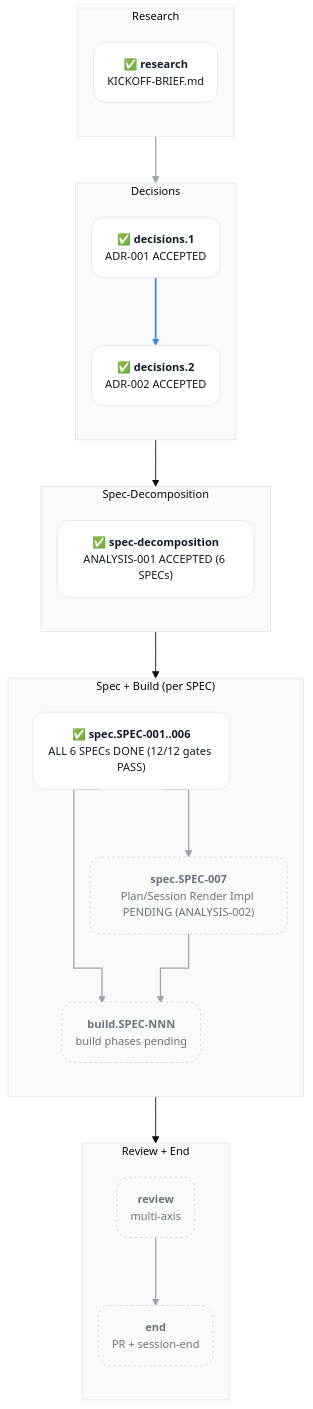
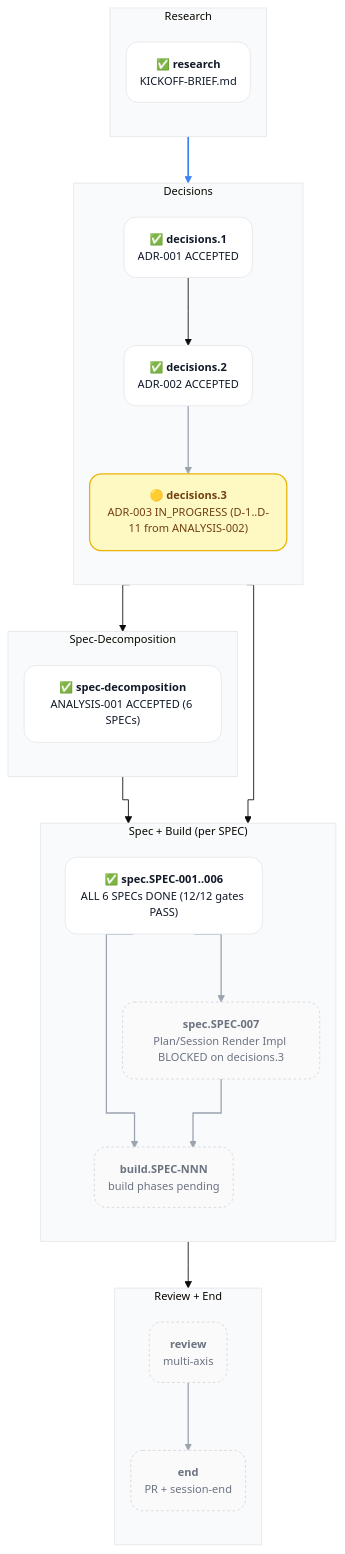
Before and after one commit to acmelabs-15/skills: the first of 11 diagrams in docs/planning/PLAN-001-skills-ecosystem.md, drawn with Mermaid. The commit also changed other lines of this file and 1 other file, not shown here.

First line of the commit message:
plan(plan-001): re-enter decisions phase with decisions.3 (ADR-003)

````diff
--- a/docs/planning/PLAN-001-skills-ecosystem.md
+++ b/docs/planning/PLAN-001-skills-ecosystem.md
@@ -80,52 +82,57 @@
 ```mermaid
 %%{init: {'theme':'base','flowchart':{'curve':'stepAfter','nodeSpacing':18,'rankSpacing':55,'padding':16,'diagramPadding':20,'htmlLabels':true},'themeVariables':{'fontFamily':'-apple-system, BlinkMacSystemFont, system-ui, sans-serif','fontSize':'13px','clusterBkg':'#f9fafb','clusterBorder':'#e5e7eb'},'themeCSS':'.edgePath path, .flowchart-link { stroke-linejoin: round !important; stroke-linecap: round !important; } .cluster-label .nodeLabel { font-family: ui-monospace, SFMono-Regular, Menlo, monospace !important; font-size: 11px !important; font-weight: 600 !important; letter-spacing: 0.1em !important; text-transform: uppercase !important; color: #6b7280 !important; }'}}%%
 graph TD
 
   classDef done fill:#ffffff,stroke:#e5e7eb,stroke-width:1px,color:#111827,rx:14,ry:14
   classDef pending fill:#fafafa,stroke:#d1d5db,stroke-width:1px,color:#6b7280,stroke-dasharray:3 3,rx:14,ry:14
 
   subgraph R ["Research"]
     direction TB
     research("✅ <b>research</b><br/><span style='color:#6b7280;font-size:11px'>KICKOFF-BRIEF.md</span>")
   end
 
   subgraph D ["Decisions"]
     direction TB
     d1("✅ <b>decisions.1</b><br/><span style='color:#6b7280;font-size:11px'>ADR-001 ACCEPTED</span>")
     d2("✅ <b>decisions.2</b><br/><span style='color:#6b7280;font-size:11px'>ADR-002 ACCEPTED</span>")
+    d3("🟡 <b>decisions.3</b><br/><span style='color:#6b7280;font-size:11px'>ADR-003 IN_PROGRESS (D-1..D-11 from ANALYSIS-002)</span>")
+    d2 --> d3
   end
 
   subgraph S ["Spec-Decomposition"]
     direction TB
     sd("✅ <b>spec-decomposition</b><br/><span style='color:#6b7280;font-size:11px'>ANALYSIS-001 ACCEPTED (6 SPECs)</span>")
   end
 
   subgraph SB ["Spec + Build (per SPEC)"]
     direction TB
     spec_n("✅ <b>spec.SPEC-001..006</b><br/><span style='color:#6b7280;font-size:11px'>ALL 6 SPECs DONE (12/12 gates PASS)</span>")
-    spec_007("<b>spec.SPEC-007</b><br/><span style='color:#6b7280;font-size:11px'>Plan/Session Render Impl PENDING (ANALYSIS-002)</span>")
+    spec_007("<b>spec.SPEC-007</b><br/><span style='color:#6b7280;font-size:11px'>Plan/Session Render Impl BLOCKED on decisions.3</span>")
     build_n("<b>build.SPEC-NNN</b><br/><span style='color:#6b7280;font-size:11px'>build phases pending</span>")
     spec_n --> spec_007
     spec_n --> build_n
     spec_007 --> build_n
   end
 
   subgraph RE ["Review + End"]
     direction TB
     review("<b>review</b><br/><span style='color:#6b7280;font-size:11px'>multi-axis</span>")
     fin("<b>end</b><br/><span style='color:#6b7280;font-size:11px'>PR + session-end</span>")
     review --> fin
   end
 
   research --> d1
   d1 --> d2
   d2 --> sd
   sd --> spec_n
+  d3 --> spec_007
   build_n --> review
 
   class research,d1,d2,sd,spec_n done
+  class d3 inprogress
   class spec_007,build_n,review,fin pending
+  classDef inprogress fill:#fef9c3,stroke:#eab308,stroke-width:1.5px,color:#713f12,rx:14,ry:14
 
   linkStyle 0,1,2,3,4 stroke:#9ca3af,stroke-width:1.5px
   linkStyle 5 stroke:#3b82f6,stroke-width:2px
 ```
````
